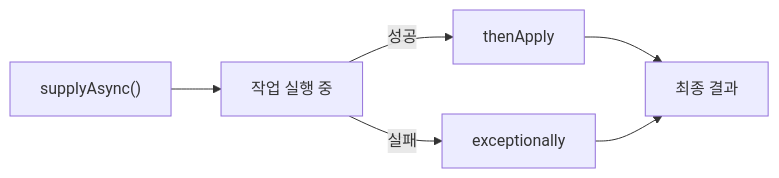
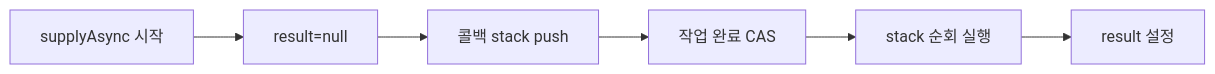
The first of 2 diagrams in _posts/java/2026-05-01-java-completablefuture.md (yjkim2015/yjkim2015.github.io), drawn with Mermaid before and after one commit. The commit also changed other lines of this file and 4 other files, not shown here.

````diff
--- a/_posts/java/2026-05-01-java-completablefuture.md
+++ b/_posts/java/2026-05-01-java-completablefuture.md
@@ -50,8 +111,8 @@
 ```mermaid
 graph LR
-    A["supplyAsync()"] --> B["작업 실행 중"]
-    B -->|"성공"| D["thenApply"]
-    B -->|"실패"| E["exceptionally"]
-    D --> F["최종 결과"]
-    E --> F
+    A["supplyAsync 시작"] --> B["result=null"]
+    B --> C["콜백 stack push"]
+    C --> D["작업 완료 CAS"]
+    D --> E["stack 순회 실행"]
+    E --> F["result 설정"]
 ```
````
